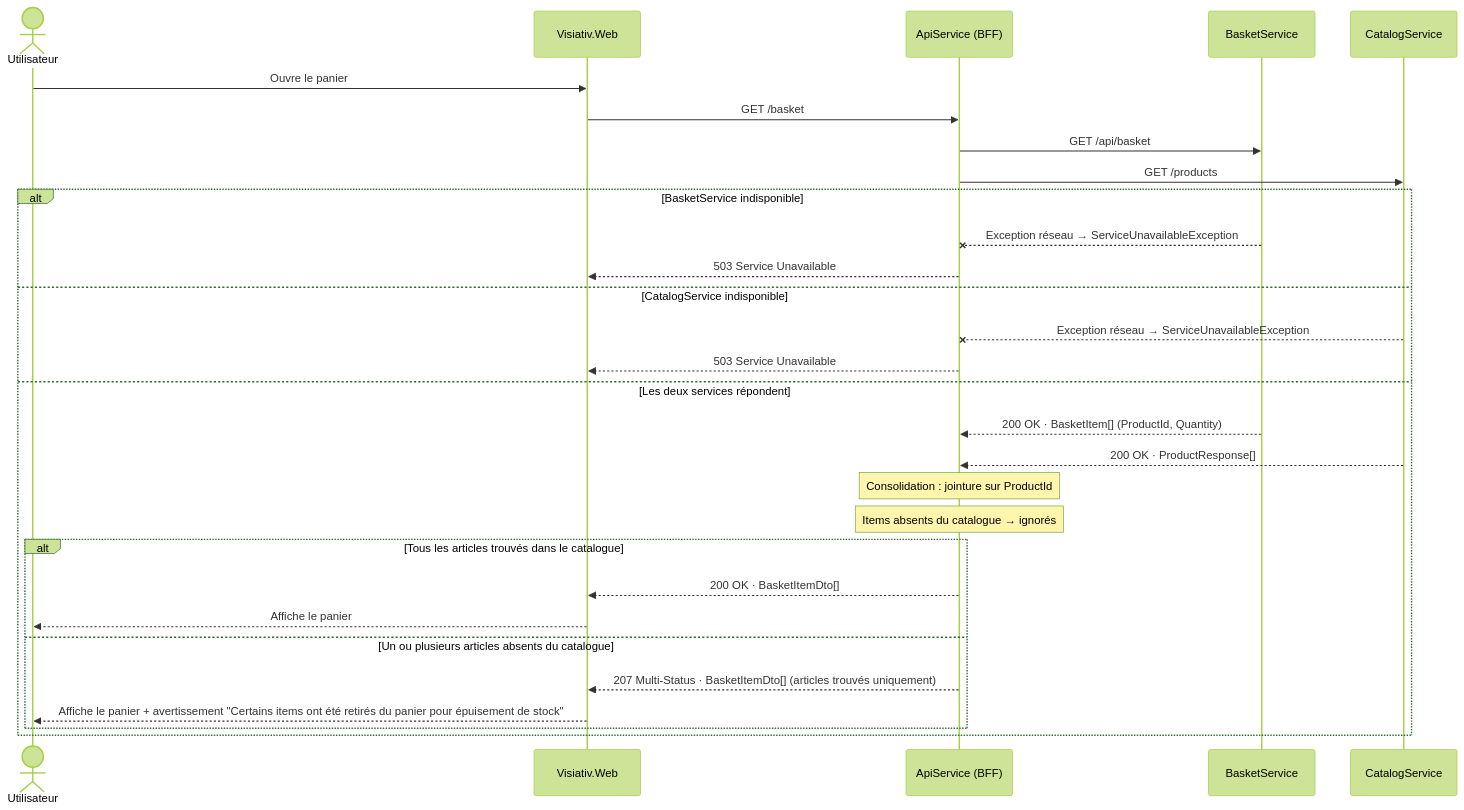
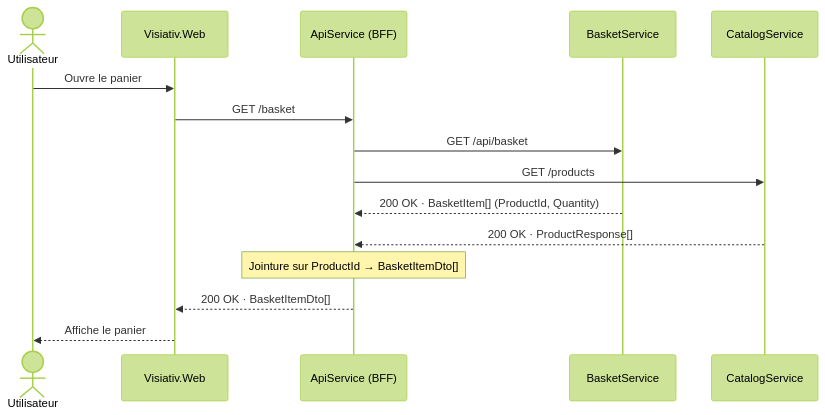
One commit to GreYak/Visiativ changed the fifth of 6 diagrams in docs/2_architecture.md. Above: the diagram before and after it, drawn with Mermaid (forest theme). The commit also changed other lines of this file, not shown here.

Commit message:
Correction diagrammes de séquences

````diff
--- a/docs/2_architecture.md
+++ b/docs/2_architecture.md
@@ -208,39 +170,18 @@
 ```mermaid
 sequenceDiagram
     actor User as Utilisateur
     participant Web as Visiativ.Web
     participant BFF as ApiService (BFF)
     participant Bas as BasketService
     participant Cat as CatalogService
 
     User->>Web: Ouvre le panier
     Web->>BFF: GET /basket
-
     BFF->>Bas: GET /api/basket
     BFF->>Cat: GET /products
-
-    alt BasketService indisponible
-        Bas--xBFF: Exception réseau → ServiceUnavailableException
-        BFF-->>Web: 503 Service Unavailable
-
-    else CatalogService indisponible
-        Cat--xBFF: Exception réseau → ServiceUnavailableException
-        BFF-->>Web: 503 Service Unavailable
-
-    else Les deux services répondent
-        Bas-->>BFF: 200 OK · BasketItem[] (ProductId, Quantity)
-        Cat-->>BFF: 200 OK · ProductResponse[]
-
-        note over BFF: Consolidation : jointure sur ProductId
-        note over BFF: Items absents du catalogue → ignorés
-
-        alt Tous les articles trouvés dans le catalogue
-            BFF-->>Web: 200 OK · BasketItemDto[]
-            Web-->>User: Affiche le panier
-
-        else Un ou plusieurs articles absents du catalogue
-            BFF-->>Web: 207 Multi-Status · BasketItemDto[] (articles trouvés uniquement)
-            Web-->>User: Affiche le panier + avertissement "Certains items ont été retirés du panier pour épuisement de stock"
-        end
-    end
+    Bas-->>BFF: 200 OK · BasketItem[] (ProductId, Quantity)
+    Cat-->>BFF: 200 OK · ProductResponse[]
+    note over BFF: Jointure sur ProductId → BasketItemDto[]
+    BFF-->>Web: 200 OK · BasketItemDto[]
+    Web-->>User: Affiche le panier
 ```
````
